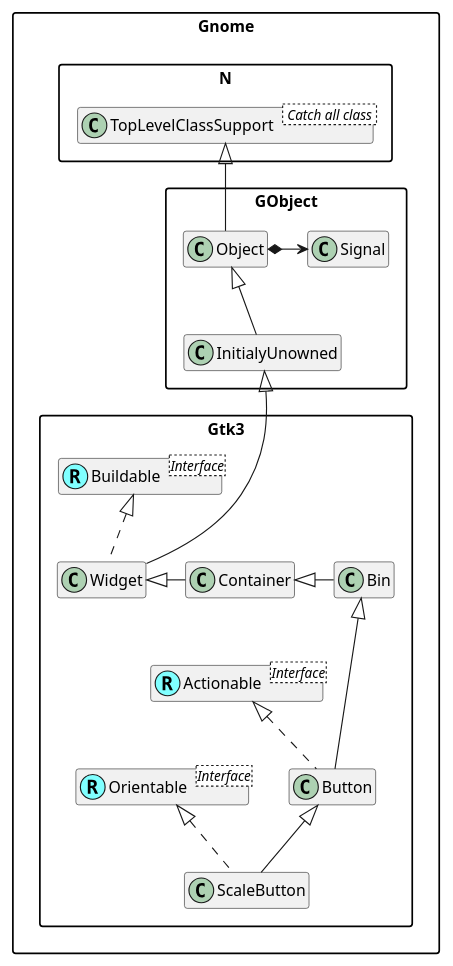
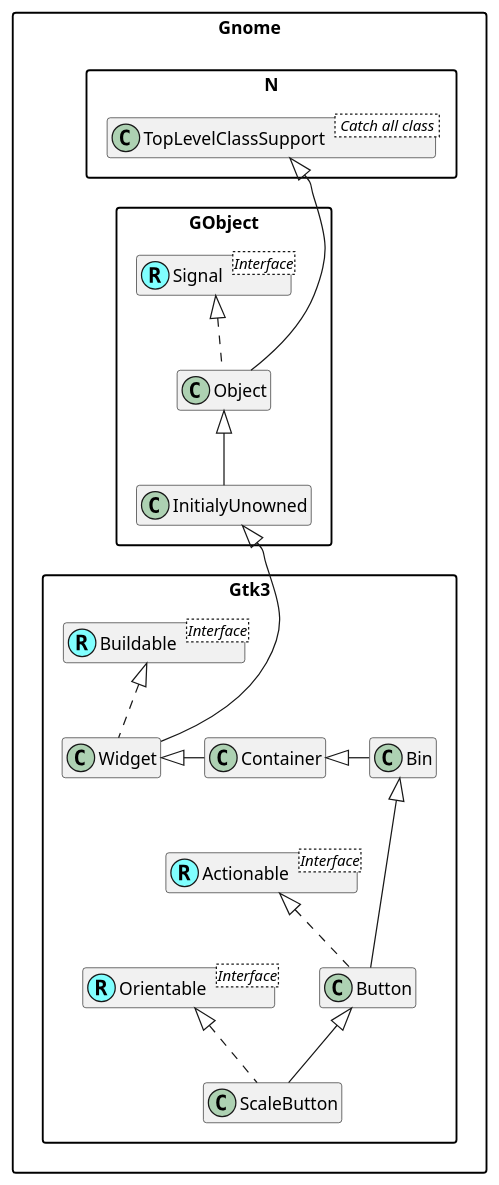
Before and after one commit to MARTIMM/gnome-gtk3: the diagram in doc/plantuml/buttons.md, drawn with PlantUML. The commit also changed 29 other files, not shown here.

Commit message:
changed uml diagrams

````diff
--- a/doc/plantuml/buttons.md
+++ b/doc/plantuml/buttons.md
@@ -1,65 +1,70 @@
 ```plantuml
 @startuml
-scale 0.9
+'scale 0.9
 skinparam packageStyle rectangle
 skinparam stereotypeCBackgroundColor #80ffff
 set namespaceSeparator ::
 hide members
 
 
+'Class and interface decorations
 class Gnome::N::TopLevelClassSupport < Catch all class >
-Gnome::N::TopLevelClassSupport <|-- Gnome::GObject::Object
+
+Interface Gnome::GObject::Signal <Interface>
+class Gnome::GObject::Signal <<(R,#80ffff)>>
 
 Interface Gnome::Gtk3::Buildable <Interface>
 class Gnome::Gtk3::Buildable <<(R,#80ffff)>>
 
 Interface Gnome::Gtk3::Actionable <Interface>
 class Gnome::Gtk3::Actionable <<(R,#80ffff)>>
 
 Interface Gnome::Gtk3::Orientable <Interface>
 class Gnome::Gtk3::Orientable <<(R,#80ffff)>>
 
 
 
+Gnome::N::TopLevelClassSupport <|--- Gnome::GObject::Object
 Gnome::GObject::Object <|-- Gnome::GObject::InitialyUnowned
-Gnome::GObject::Object *-> Gnome::GObject::Signal
+'Gnome::GObject::Object *-> Gnome::GObject::Signal
+Gnome::GObject::Signal <|.. Gnome::GObject::Object
 
 Gnome::GObject::InitialyUnowned <|--- Gnome::Gtk3::Widget
 
 Gnome::Gtk3::Widget <|- Gnome::Gtk3::Container
 Gnome::Gtk3::Container <|- Gnome::Gtk3::Bin
 Gnome::Gtk3::Bin <|--- Gnome::Gtk3::Button
 
 
 
 class Gnome::Gtk3::Widget implements Gnome::Gtk3::Buildable
 
 class Gnome::Gtk3::Button implements Gnome::Gtk3::Actionable
 
 'Interface Gnome::Gtk3::Orientable <Interface>
 'Gnome::Gtk3::Orientable <|-- Gnome::Gtk3::ScaleButton
 class Gnome::Gtk3::ScaleButton implements Gnome::Gtk3::Orientable
 
 'Interface Gnome::Gtk3::ColorChooser <Interface>
 'Gnome::Gtk3::ColorChooser <|-- Gnome::Gtk3::ColorButton
 
 'Interface Gnome::Gtk3::FontChooser <Interface>
 'Gnome::Gtk3::FontChooser <|-- Gnome::Gtk3::FontButton
 
 'Gnome::GObject <--[hidden]- Gnome::Gtk3
 
 
 
 'Gnome::Gtk3::Button <|-- Gnome::Gtk3::ToggleButton
 'Gnome::Gtk3::Button <|-- Gnome::Gtk3::ColorButton
 'Gnome::Gtk3::ToggleButton <|-- Gnome::Gtk3::CheckButton
 'Gnome::Gtk3::ToggleButton <|-- Gnome::Gtk3::MenuButton
 'Gnome::Gtk3::CheckButton <|-- Gnome::Gtk3::RadioButton
 'Gnome::Gtk3::Button <|--- Gnome::Gtk3::FontButton
 'Gnome::Gtk3::Button <|-- Gnome::Gtk3::LinkButton
 'Gnome::Gtk3::Button <|-- Gnome::Gtk3::LockButton
 'Gnome::Gtk3::Button <|-- Gnome::Gtk3::ModelButton
 Gnome::Gtk3::Button <|-- Gnome::Gtk3::ScaleButton
 'Gnome::Gtk3::ScaleButton <|-- Gnome::Gtk3::VolumeButton
 @enduml
 ```
````
